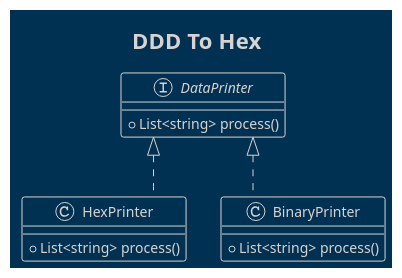
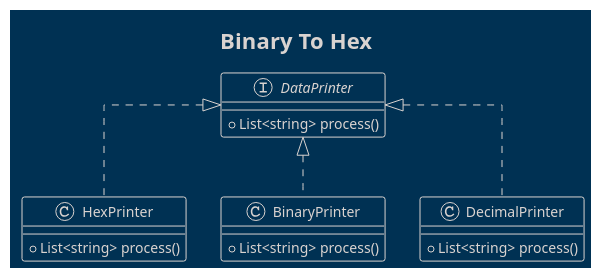
Before and after one commit to Vvamp/BinToHex: the diagram in docs/DDD_To_Hex.puml, drawn with PlantUML. The commit also changed 9 other files, not shown here.

```diff
--- a/docs/DDD_To_Hex.puml
+++ b/docs/DDD_To_Hex.puml
@@ -8,24 +8,28 @@
 @startuml ddd2hex
 'Markup
 !theme blueprint
 skinparam linetype ortho
 skinparam setdpi 900
 scale 1
-title "DDD To Hex" 
+title "Binary To Hex" 
 
 ' Classes
 interface DataPrinter{
     + List<string> process()
 }
 
 class HexPrinter implements DataPrinter{
     + List<string> process()
 }
 
 class BinaryPrinter implements DataPrinter{
     + List<string> process()
 }
 
+class DecimalPrinter implements DataPrinter{
+    + List<string> process()
+}
+
 ' Notes 
 
 @enduml
```
